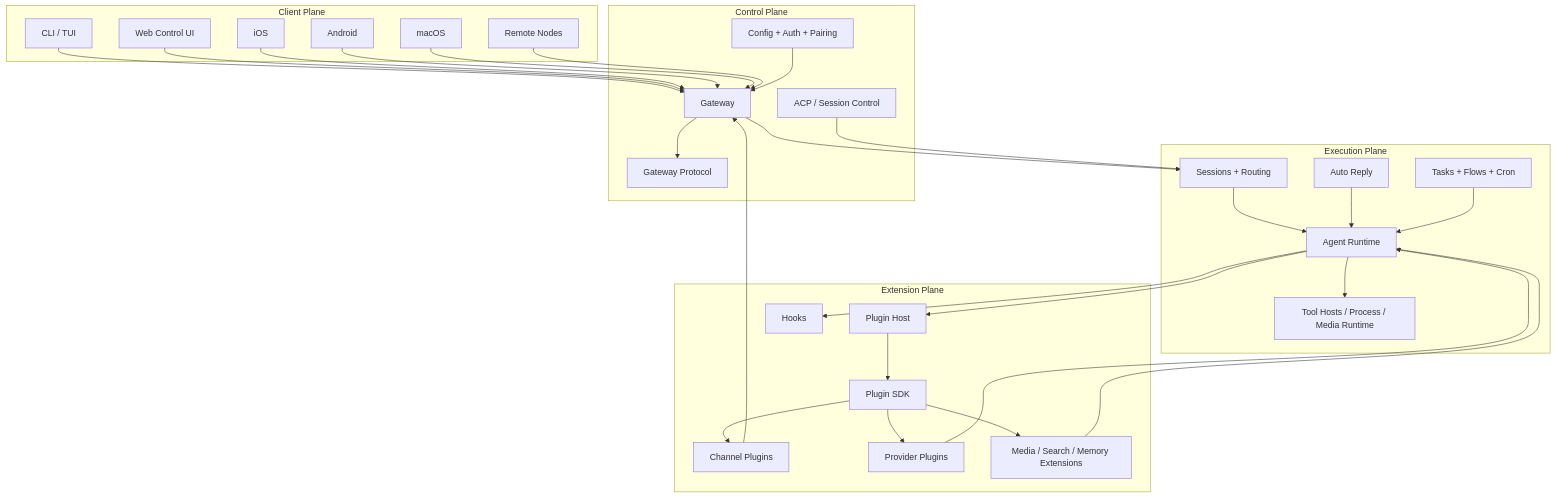
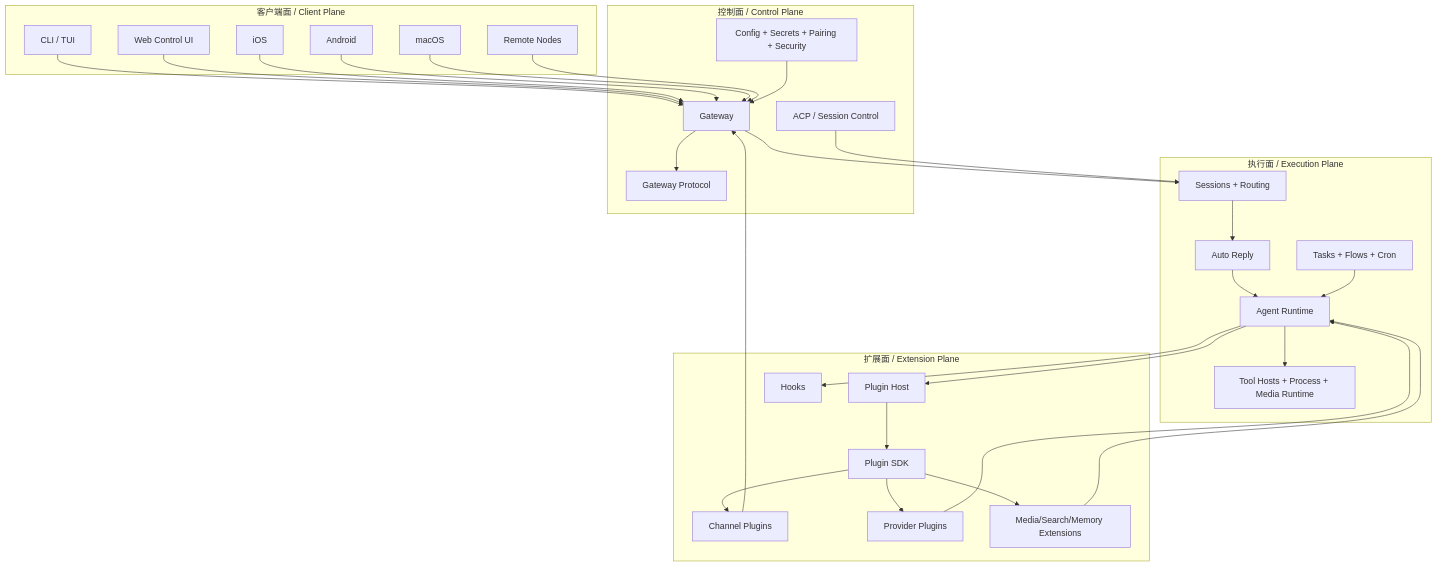
The first of 4 diagrams in openclaw-layered-architecture.md (simonggx/openclaw-source-architecture-survey), drawn with Mermaid before and after one commit. The commit also changed other lines of this file and 2 other files, not shown here.

First line of the commit message:
docs: rewrite source guide and diagrams in chinese-first format

````diff
--- a/openclaw-layered-architecture.md
+++ b/openclaw-layered-architecture.md
@@ -14,63 +21,63 @@
 ```mermaid
 flowchart TB
-  subgraph CP[Control Plane]
-    GW[Gateway]
-    PROTO[Gateway Protocol]
-    ACP[ACP / Session Control]
-    CFG[Config + Auth + Pairing]
-  end
-
-  subgraph EP[Execution Plane]
-    AG[Agent Runtime]
-    SES[Sessions + Routing]
-    AR[Auto Reply]
-    TOOLS[Tool Hosts / Process / Media Runtime]
-    FLOWS[Tasks + Flows + Cron]
-  end
-
-  subgraph XP[Extension Plane]
-    PH[Plugin Host]
-    SDK[Plugin SDK]
-    CH[Channel Plugins]
-    PV[Provider Plugins]
-    MM[Media / Search / Memory Extensions]
-    HK[Hooks]
-  end
-
-  subgraph CLP[Client Plane]
+  subgraph CL[客户端面 / Client Plane]
     CLI[CLI / TUI]
     WEB[Web Control UI]
     IOS[iOS]
     ANDROID[Android]
     MAC[macOS]
     NODES[Remote Nodes]
+  end
+
+  subgraph CP[控制面 / Control Plane]
+    GW[Gateway]
+    PROTO[Gateway Protocol]
+    ACP[ACP / Session Control]
+    CFG[Config + Secrets + Pairing + Security]
+  end
+
+  subgraph EP[执行面 / Execution Plane]
+    SES[Sessions + Routing]
+    AR[Auto Reply]
+    AG[Agent Runtime]
+    TOOLS[Tool Hosts + Process + Media Runtime]
+    FLOWS[Tasks + Flows + Cron]
+  end
+
+  subgraph XP[扩展面 / Extension Plane]
+    PH[Plugin Host]
+    SDK[Plugin SDK]
+    CH[Channel Plugins]
+    PV[Provider Plugins]
+    MM[Media/Search/Memory Extensions]
+    HK[Hooks]
   end
 
   CLI --> GW
   WEB --> GW
   IOS --> GW
   ANDROID --> GW
   MAC --> GW
   NODES --> GW
 
+  CFG --> GW
+  GW --> PROTO
   GW --> SES
-  GW --> PROTO
   ACP --> SES
-  CFG --> GW
 
-  SES --> AG
+  SES --> AR
   AR --> AG
   AG --> TOOLS
   FLOWS --> AG
 
   AG --> PH
   PH --> SDK
   SDK --> CH
   SDK --> PV
   SDK --> MM
   AG --> HK
 
   CH --> GW
   PV --> AG
   MM --> AG
 ```
````
